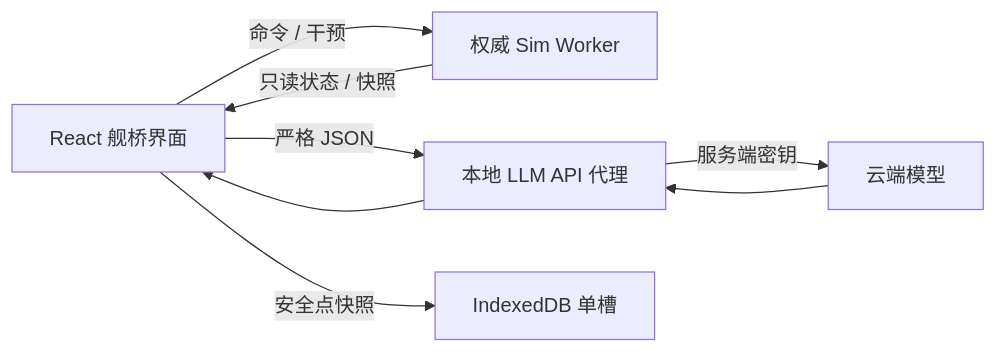
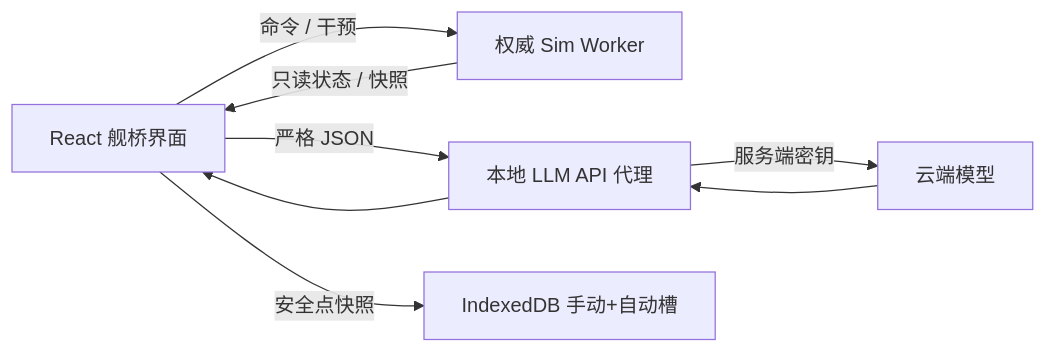
Before and after one commit to usermbzlj/ship_Y: the diagram in README.md, drawn with Mermaid. The commit also changed other lines of this file and 77 other files, not shown here.

````diff
--- a/README.md
+++ b/README.md
@@ -91,9 +99,9 @@
 ```mermaid
 flowchart LR
     UI["React 舰桥界面"] -->|"命令 / 干预"| W["权威 Sim Worker"]
     W -->|"只读状态 / 快照"| UI
     UI -->|"严格 JSON"| API["本地 LLM API 代理"]
     API -->|"服务端密钥"| CLOUD["云端模型"]
     CLOUD --> API --> UI
-    UI -->|"安全点快照"| SAVE["IndexedDB 单槽"]
+    UI -->|"安全点快照"| SAVE["IndexedDB 手动+自动槽"]
 ```
````
